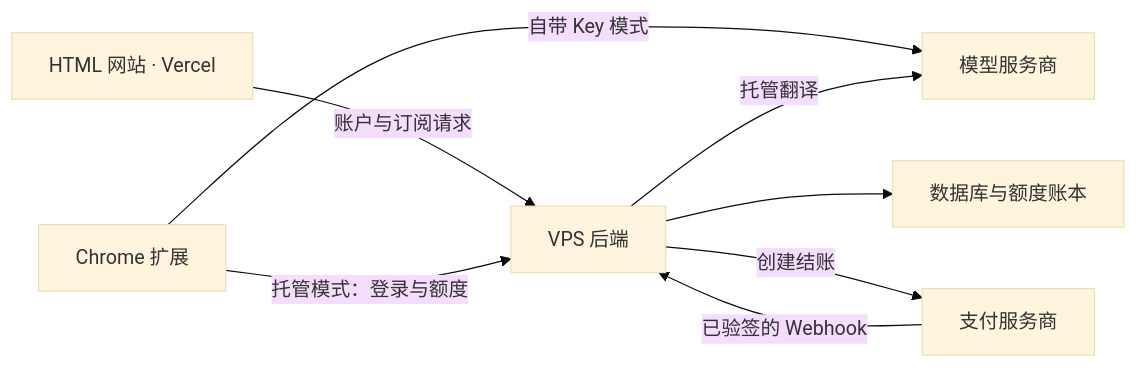
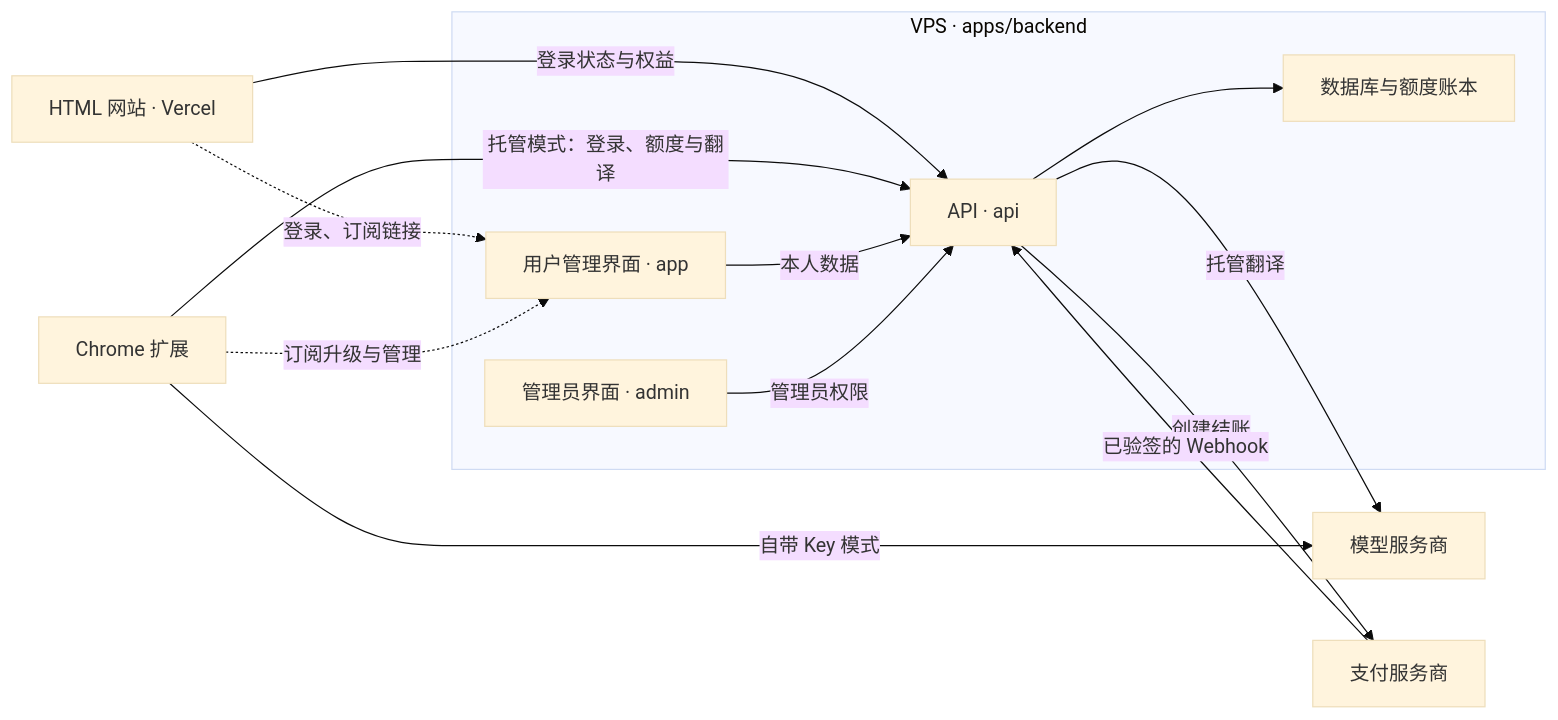
Before and after one commit to csswork/AiTranslation: the diagram in docs/architecture.md, drawn with Mermaid (base theme). The commit also changed other lines of this file and 8 other files, not shown here.

Commit message:
codex/three-part-structure: Update documentation for backend and user interfaces, clarify API and user management features

````diff
--- a/docs/architecture.md
+++ b/docs/architecture.md
@@ -17,10 +17,16 @@
 ```mermaid
 flowchart LR
-  Web[HTML 网站 · Vercel] -->|账户与订阅请求| Backend[VPS 后端]
-  Extension[Chrome 扩展] -->|托管模式：登录与额度| Backend
+  Web[HTML 网站 · Vercel] -->|登录状态与权益| API
+  Web -.->|登录、订阅链接| UserUI
+  Extension[Chrome 扩展] -->|托管模式：登录、额度与翻译| API
+  Extension -.->|订阅升级与管理| UserUI
   Extension -->|自带 Key 模式| Provider[模型服务商]
-  Backend -->|托管翻译| Provider
-  Backend --> Database[数据库与额度账本]
-  Backend -->|创建结账| Payment[支付服务商]
-  Payment -->|已验签的 Webhook| Backend
+  subgraph VPS[VPS · apps/backend]
+    UserUI[用户管理界面 · app] -->|本人数据| API[API · api]
+    AdminUI[管理员界面 · admin] -->|管理员权限| API
+    API --> Database[数据库与额度账本]
+  end
+  API -->|托管翻译| Provider
+  API -->|创建结账| Payment[支付服务商]
+  Payment -->|已验签的 Webhook| API
 ```
````
